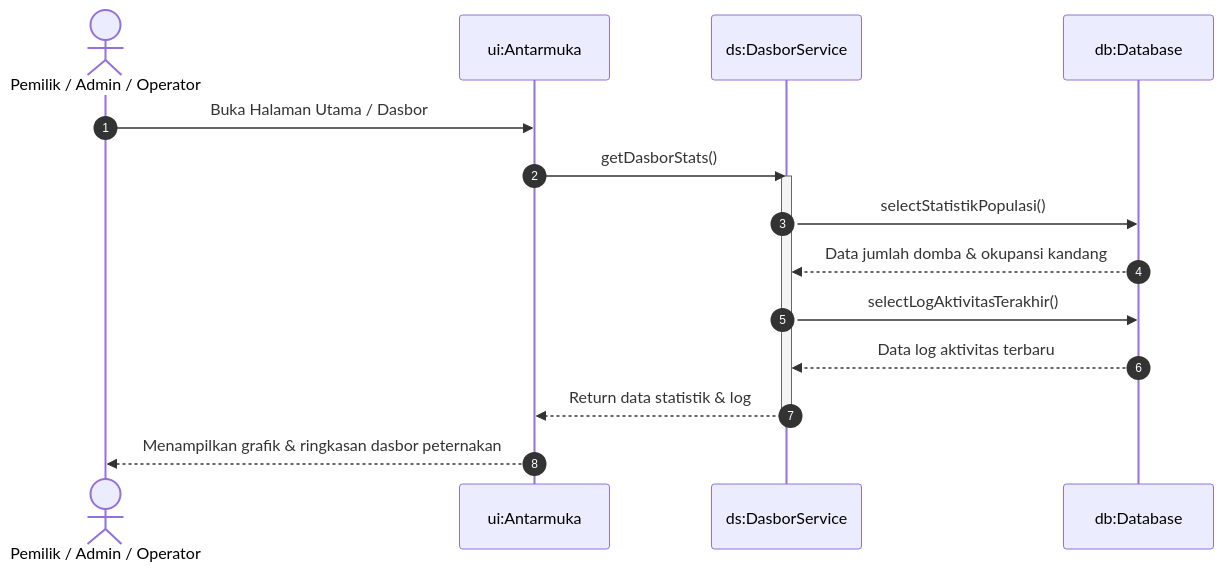
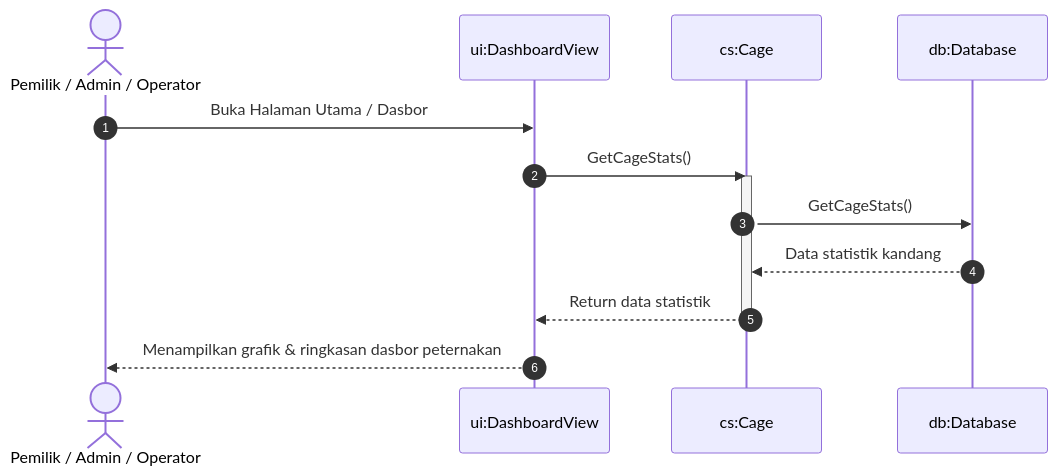
Before and after one commit to MuhammadHamidy/Farmease: the first of 11 diagrams in docs/livestock_module_sequence_diagrams.md, drawn with Mermaid. The commit also changed other lines of this file and 299 other files, not shown here.

````diff
--- a/docs/livestock_module_sequence_diagrams.md
+++ b/docs/livestock_module_sequence_diagrams.md
@@ -10,19 +10,17 @@
 ```mermaid
 sequenceDiagram
     autonumber
     actor Pengguna as Pemilik / Admin / Operator
-    participant UI as ui:Antarmuka
-    participant DS as ds:DasborService
+    participant UI as ui:DashboardView
+    participant CS as cs:Cage
     participant DB as db:Database
 
     Pengguna->>UI: Buka Halaman Utama / Dasbor
-    UI->>DS: getDasborStats()
-    activate DS
-    DS->>DB: selectStatistikPopulasi()
-    DB-->>DS: Data jumlah domba & okupansi kandang
-    DS->>DB: selectLogAktivitasTerakhir()
-    DB-->>DS: Data log aktivitas terbaru
-    DS-->>UI: Return data statistik & log
-    deactivate DS
+    UI->>CS: GetCageStats()
+    activate CS
+    CS->>DB: GetCageStats()
+    DB-->>CS: Data statistik kandang
+    CS-->>UI: Return data statistik
+    deactivate CS
     UI-->>Pengguna: Menampilkan grafik & ringkasan dasbor peternakan
 ```
````
